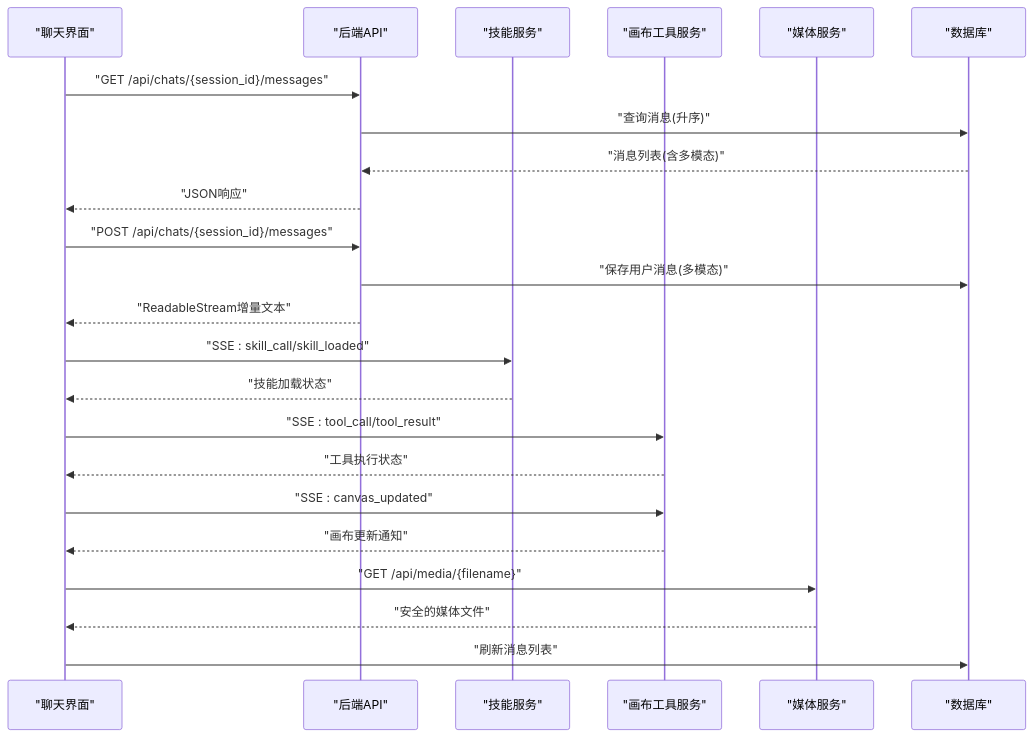
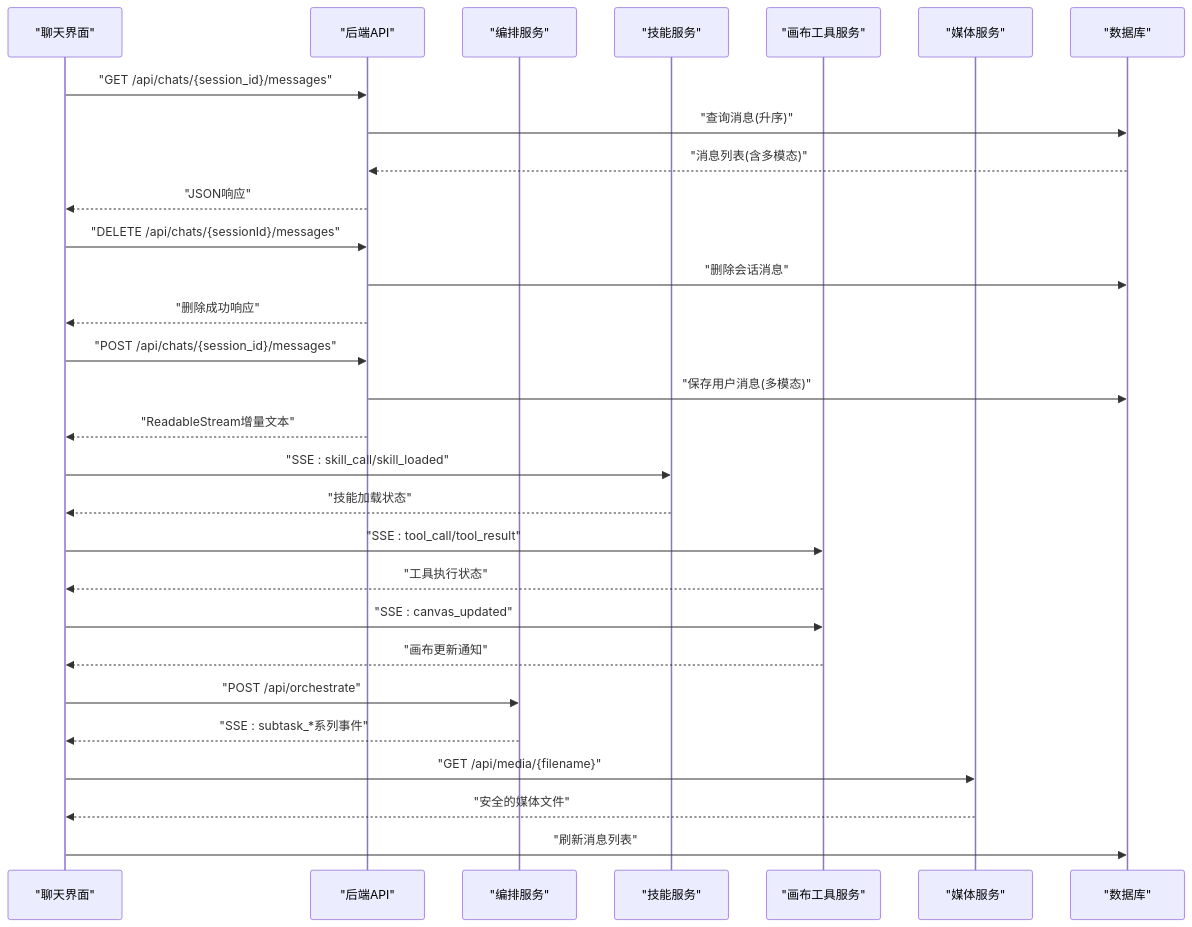
Before and after one commit to KunLabAI/KunFlix: diagram 14 of 16 in .qoder/repowiki/zh/content/后端开发指南/API路由系统/聊天交互API.md, drawn with Mermaid. The commit also changed other lines of this file and 29 other files, not shown here.

````diff
--- a/.qoder/repowiki/zh/content/后端开发指南/API路由系统/聊天交互API.md
+++ b/.qoder/repowiki/zh/content/后端开发指南/API路由系统/聊天交互API.md
@@ -629,25 +765,31 @@
 ```mermaid
 sequenceDiagram
 participant UI as "聊天界面"
 participant API as "后端API"
+participant Orch as "编排服务"
 participant Skills as "技能服务"
 participant Canvas as "画布工具服务"
 participant Media as "媒体服务"
 participant DB as "数据库"
 UI->>API : "GET /api/chats/{session_id}/messages"
 API->>DB : "查询消息(升序)"
 DB-->>API : "消息列表(含多模态)"
 API-->>UI : "JSON响应"
+UI->>API : "DELETE /api/chats/{sessionId}/messages"
+API->>DB : "删除会话消息"
+API-->>UI : "删除成功响应"
 UI->>API : "POST /api/chats/{session_id}/messages"
 API->>DB : "保存用户消息(多模态)"
 API-->>UI : "ReadableStream增量文本"
 UI->>Skills : "SSE : skill_call/skill_loaded"
 Skills-->>UI : "技能加载状态"
 UI->>Canvas : "SSE : tool_call/tool_result"
 Canvas-->>UI : "工具执行状态"
 UI->>Canvas : "SSE : canvas_updated"
 Canvas-->>UI : "画布更新通知"
+UI->>Orch : "POST /api/orchestrate"
+Orch-->>UI : "SSE : subtask_*系列事件"
 UI->>Media : "GET /api/media/{filename}"
 Media-->>UI : "安全的媒体文件"
 UI->>DB : "刷新消息列表"
 ```
````
